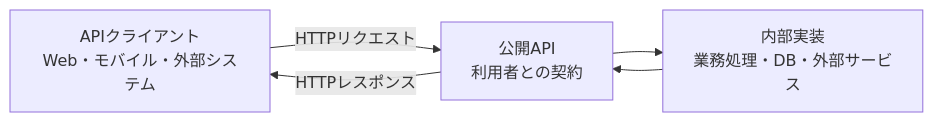
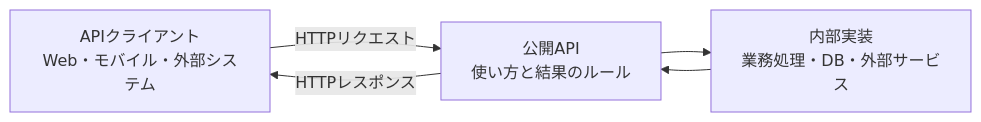
One commit to nagahara-naoki/zenn changed the diagram in books/api-design-textbook/01-api-as-contract.md. Above: the diagram before and after it, drawn with Mermaid. The commit also changed other lines of this file, not shown here.

````diff
--- a/books/api-design-textbook/01-api-as-contract.md
+++ b/books/api-design-textbook/01-api-as-contract.md
@@ -25,11 +32,11 @@
 ```mermaid
 flowchart LR
     C["APIクライアント<br/>Web・モバイル・外部システム"]
-    A["公開API<br/>利用者との契約"]
+    A["公開API<br/>使い方と結果のルール"]
     I["内部実装<br/>業務処理・DB・外部サービス"]
 
     C -->|"HTTPリクエスト"| A
     A --> I
     I --> A
     A -->|"HTTPレスポンス"| C
 ```
````
